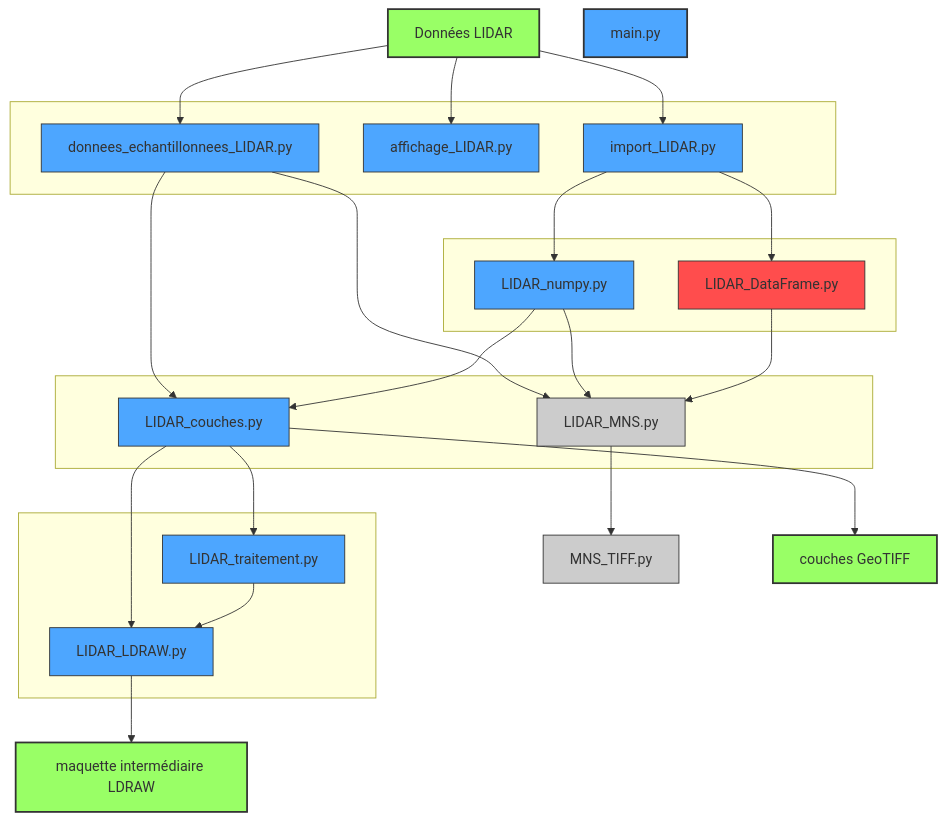
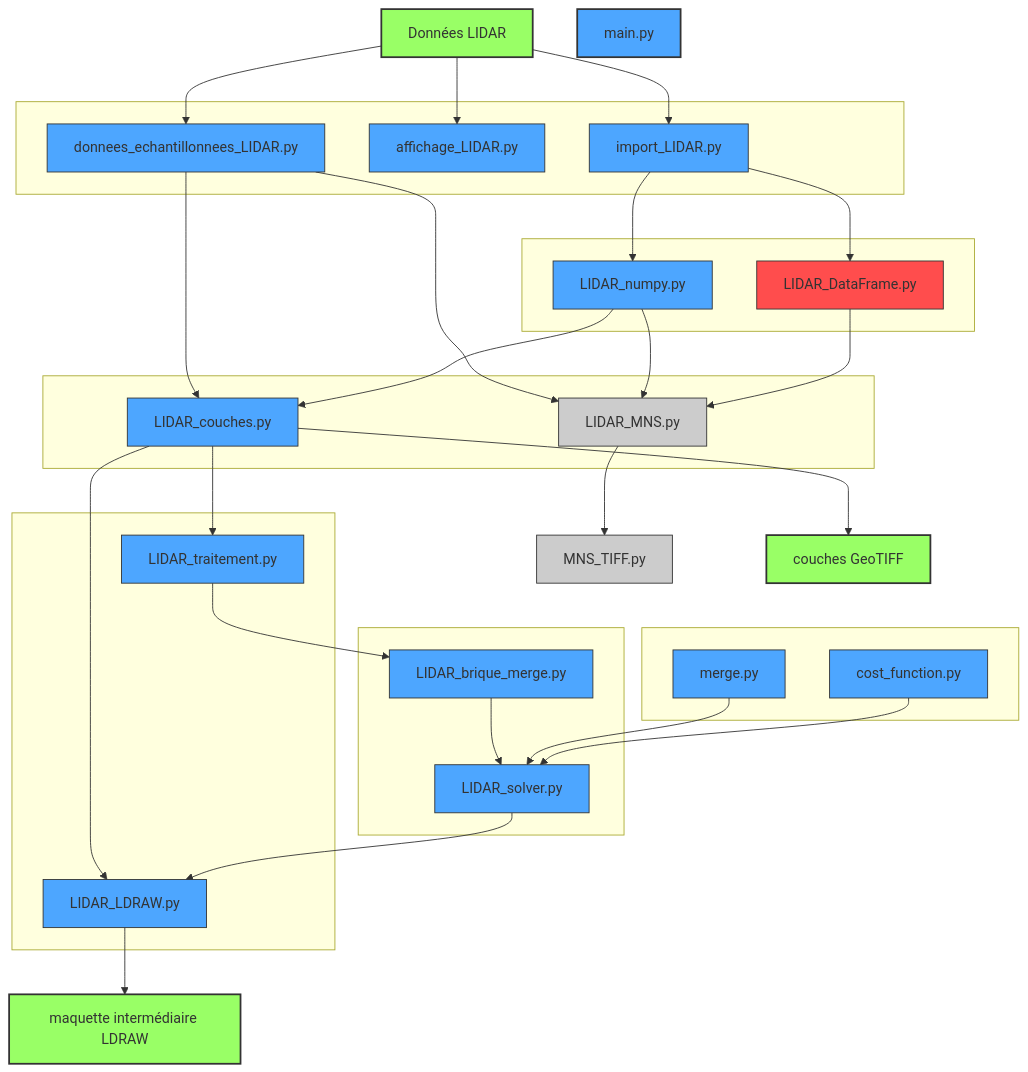
Before and after one commit to DanQue69/LEGO_Master: the diagram in Workflow.md, drawn with Mermaid.

```diff
--- a/Workflow.md
+++ b/Workflow.md
@@ -24,10 +24,21 @@
     K[LIDAR_traitement.py]
 end
 
+subgraph L5[" "]
+    O[LIDAR_brique_merge.py]
+    P[LIDAR_solver.py]
+end
+
+subgraph indé[" "]
+    Q[merge.py]
+    R[cost_function.py]
+end
+
 H[MNS_TIFF.py]
 M[main.py]
 L[couches GeoTIFF]
 N[maquette intermédiaire LDRAW]
+
 
 A --> B
 A --> C
@@ -41,7 +52,11 @@
 E --> I
 I --> J
 I --> K
-K --> J
+K --> O
+O --> P
+Q --> P
+R --> P
+P --> J
 G --> H
 I --> L
 J --> N
@@ -62,6 +77,10 @@
 style M fill:#4da6ff,stroke:#333,stroke-width:2px
 style L fill:#9f6,stroke:#333,stroke-width:2px
 style N fill:#9f6,stroke:#333,stroke-width:2px
+style O fill:#4da6ff,stroke:#333,stroke-width:1px
+style P fill:#4da6ff,stroke:#333,stroke-width:1px
+style Q fill:#4da6ff,stroke:#333,stroke-width:1px
+style R fill:#4da6ff,stroke:#333,stroke-width:1px
 
 
     
```
